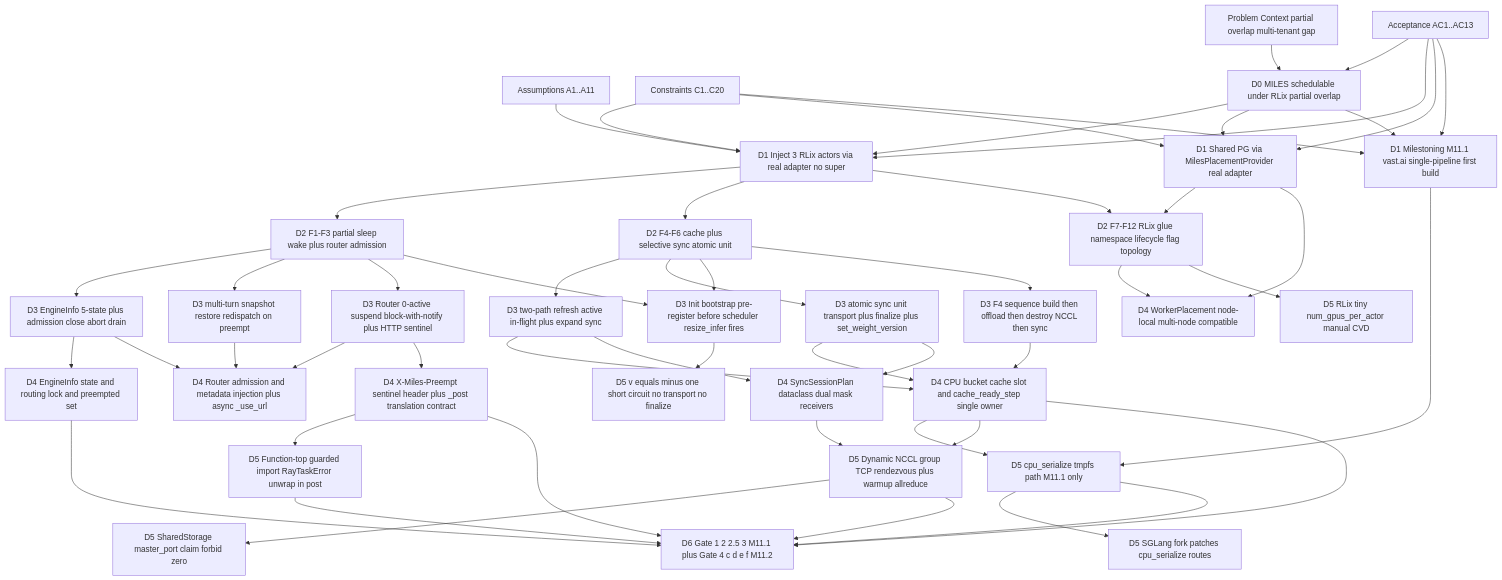
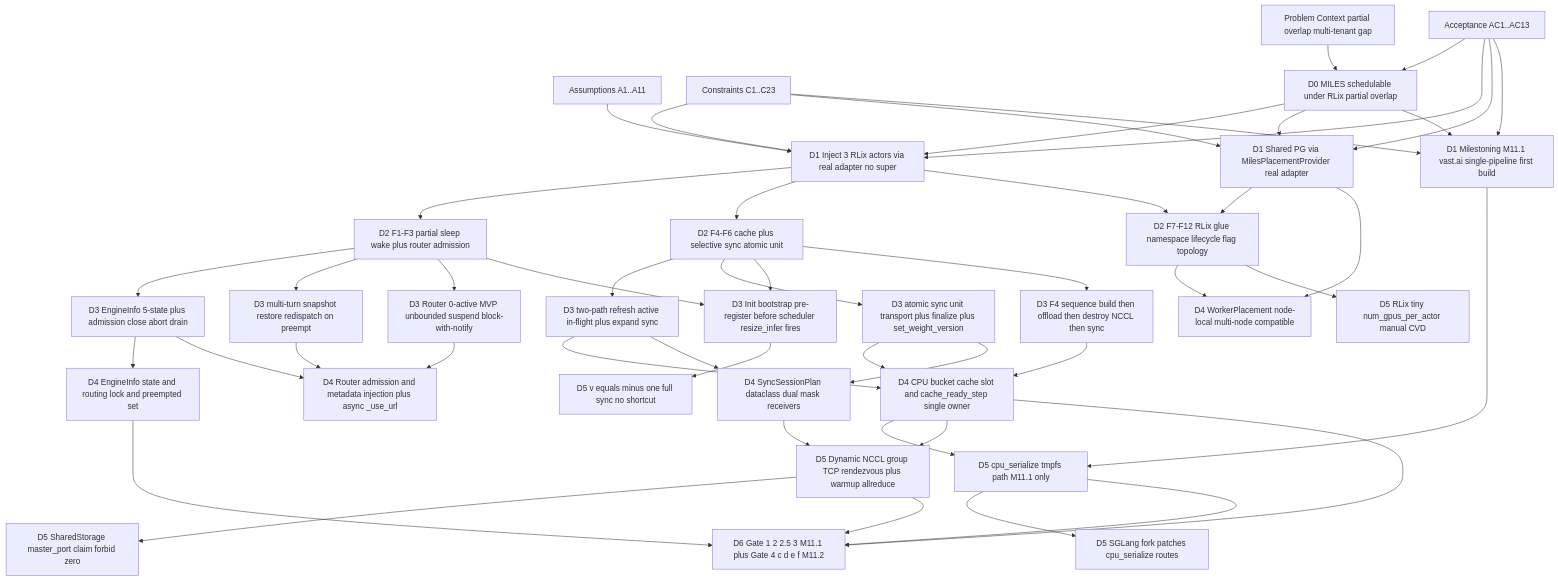
One commit to rlops/rlix changed the third of 6 diagrams in plans/miles-port-unified-plan.tldr.md. Above: the diagram before and after it, drawn with Mermaid. The commit also changed other lines of this file and 1 other file, not shown here.

First line of the commit message:
docs(miles): codify M11.1/M11.2 scope into 8-layer taxonomy + anti-regression invariants

````diff
--- a/plans/miles-port-unified-plan.tldr.md
+++ b/plans/miles-port-unified-plan.tldr.md
@@ -299,7 +302,7 @@
 flowchart TD
   Ctx[Problem Context partial overlap multi-tenant gap]
   A[Assumptions A1..A11]
-  C[Constraints C1..C20]
+  C[Constraints C1..C23]
   AC[Acceptance AC1..AC13]
 
   D0[D0 MILES schedulable under RLix partial overlap]
@@ -318,22 +321,20 @@
   D3D[D3 atomic sync unit transport plus finalize plus set_weight_version]
   D3E[D3 Init bootstrap pre-register before scheduler resize_infer fires]
   D3F[D3 F4 sequence build then offload then destroy NCCL then sync]
-  D3G[D3 Router 0-active suspend block-with-notify plus HTTP sentinel]
+  D3G[D3 Router 0-active MVP unbounded suspend block-with-notify]
 
   D4A[D4 EngineInfo state and routing lock and preempted set]
   D4B[D4 Router admission and metadata injection plus async _use_url]
   D4C[D4 CPU bucket cache slot and cache_ready_step single owner]
   D4D[D4 WorkerPlacement node-local multi-node compatible]
   D4E[D4 SyncSessionPlan dataclass dual mask receivers]
-  D4F[D4 X-Miles-Preempt sentinel header plus _post translation contract]
 
   D5A[D5 cpu_serialize tmpfs path M11.1 only]
   D5B[D5 Dynamic NCCL group TCP rendezvous plus warmup allreduce]
-  D5C[D5 v equals minus one short circuit no transport no finalize]
+  D5C[D5 v equals minus one full sync no shortcut]
   D5D[D5 SGLang fork patches cpu_serialize routes]
   D5E[D5 SharedStorage master_port claim forbid zero]
   D5F[D5 RLix tiny num_gpus_per_actor manual CVD]
-  D5G[D5 Function-top guarded import RayTaskError unwrap in post]
 
   D6[D6 Gate 1 2 2.5 3 M11.1 plus Gate 4 c d e f M11.2]
 
@@ -368,7 +369,6 @@
   D3A --> D4B
   D3B --> D4B
   D3G --> D4B
-  D3G --> D4F
   D3C --> D4C
   D3D --> D4C
   D2C --> D4D
@@ -381,11 +381,8 @@
   D5A --> D5D
   D3E --> D5C
   D2C --> D5F
-  D4F --> D5G
   D4A --> D6
   D4C --> D6
-  D4F --> D6
   D5A --> D6
   D5B --> D6
-  D5G --> D6
 ```
````
